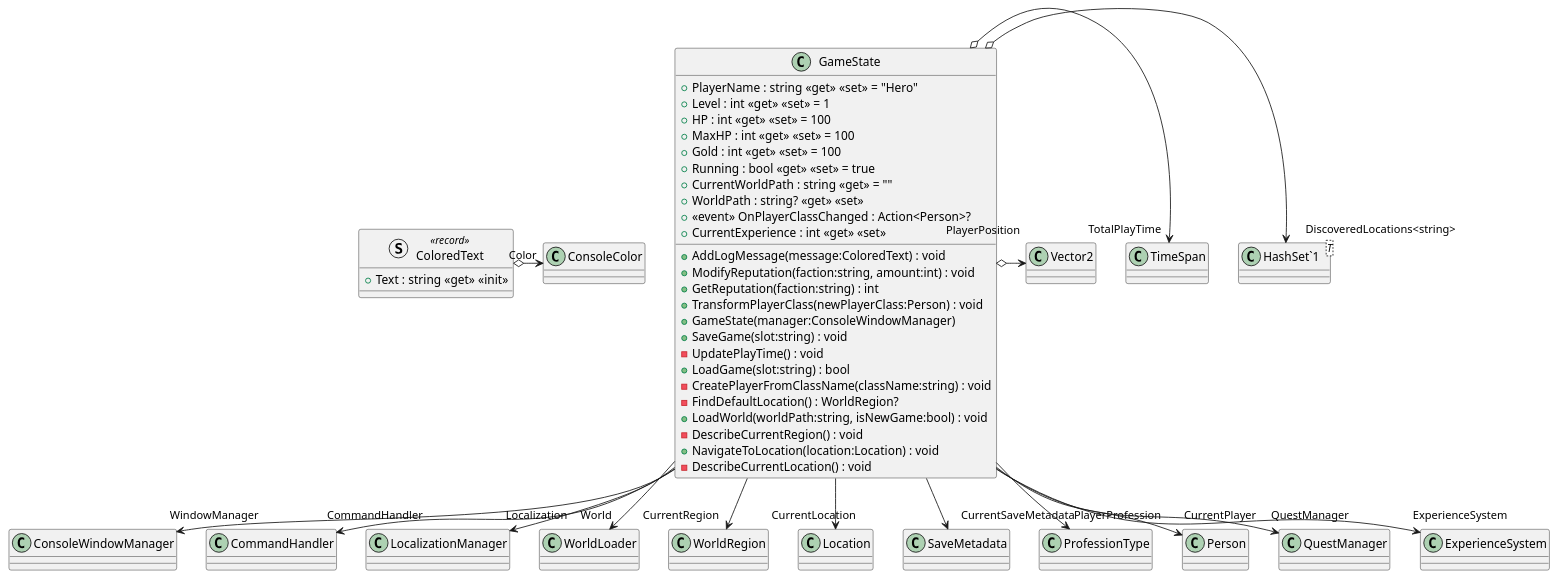
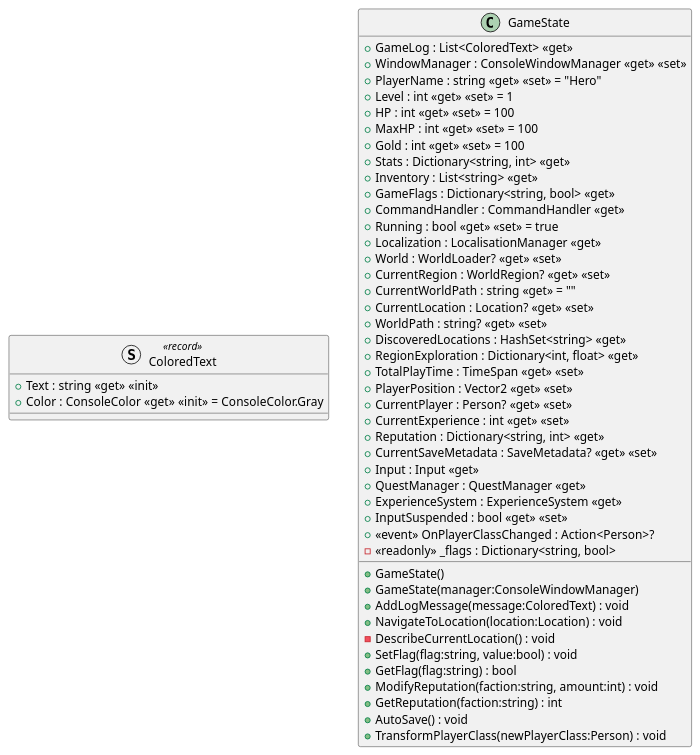
The diagram in RPG/puml_export/src/Core/GameState.puml (Beans69584/rpg), drawn with PlantUML before and after one commit. The commit also changed 107 other files, not shown here.

```diff
--- a/RPG/puml_export/src/Core/GameState.puml
+++ b/RPG/puml_export/src/Core/GameState.puml
@@ -1,56 +1,51 @@
 @startuml
 struct ColoredText <<record>> {
     + Text : string <<get>> <<init>>
+    + Color : ConsoleColor <<get>> <<init>> = ConsoleColor.Gray
 }
 class GameState {
-    + AddLogMessage(message:ColoredText) : void
+    + GameLog : List<ColoredText> <<get>>
+    + WindowManager : ConsoleWindowManager <<get>> <<set>>
     + PlayerName : string <<get>> <<set>> = "Hero"
     + Level : int <<get>> <<set>> = 1
     + HP : int <<get>> <<set>> = 100
     + MaxHP : int <<get>> <<set>> = 100
     + Gold : int <<get>> <<set>> = 100
+    + Stats : Dictionary<string, int> <<get>>
+    + Inventory : List<string> <<get>>
+    + GameFlags : Dictionary<string, bool> <<get>>
+    + CommandHandler : CommandHandler <<get>>
     + Running : bool <<get>> <<set>> = true
+    + Localization : LocalisationManager <<get>>
+    + World : WorldLoader? <<get>> <<set>>
+    + CurrentRegion : WorldRegion? <<get>> <<set>>
     + CurrentWorldPath : string <<get>> = ""
+    + CurrentLocation : Location? <<get>> <<set>>
     + WorldPath : string? <<get>> <<set>>
+    + DiscoveredLocations : HashSet<string> <<get>>
+    + RegionExploration : Dictionary<int, float> <<get>>
+    + TotalPlayTime : TimeSpan <<get>> <<set>>
+    + PlayerPosition : Vector2 <<get>> <<set>>
+    + CurrentPlayer : Person? <<get>> <<set>>
+    + CurrentExperience : int <<get>> <<set>>
+    + Reputation : Dictionary<string, int> <<get>>
+    + CurrentSaveMetadata : SaveMetadata? <<get>> <<set>>
+    + Input : Input <<get>>
+    + QuestManager : QuestManager <<get>>
+    + ExperienceSystem : ExperienceSystem <<get>>
+    + InputSuspended : bool <<get>> <<set>>
     +  <<event>> OnPlayerClassChanged : Action<Person>? 
-    + CurrentExperience : int <<get>> <<set>>
+    + GameState()
+    + GameState(manager:ConsoleWindowManager)
+    + AddLogMessage(message:ColoredText) : void
+    + NavigateToLocation(location:Location) : void
+    - DescribeCurrentLocation() : void
+    - <<readonly>> _flags : Dictionary<string, bool>
+    + SetFlag(flag:string, value:bool) : void
+    + GetFlag(flag:string) : bool
     + ModifyReputation(faction:string, amount:int) : void
     + GetReputation(faction:string) : int
+    + AutoSave() : void
     + TransformPlayerClass(newPlayerClass:Person) : void
-    + GameState(manager:ConsoleWindowManager)
-    + SaveGame(slot:string) : void
-    - UpdatePlayTime() : void
-    + LoadGame(slot:string) : bool
-    - CreatePlayerFromClassName(className:string) : void
-    - FindDefaultLocation() : WorldRegion?
-    + LoadWorld(worldPath:string, isNewGame:bool) : void
-    - DescribeCurrentRegion() : void
-    + NavigateToLocation(location:Location) : void
-    - DescribeCurrentLocation() : void
 }
-
-class "HashSet`1"<T> {
-}
-ColoredText o-> "Color" ConsoleColor
-
-GameState --> "WindowManager" ConsoleWindowManager
-
-
-
-GameState --> "CommandHandler" CommandHandler
-GameState --> "Localization" LocalizationManager
-GameState --> "World" WorldLoader
-GameState --> "CurrentRegion" WorldRegion
-GameState --> "CurrentLocation" Location
-GameState o-> "DiscoveredLocations<string>" "HashSet`1"
-
-GameState o-> "TotalPlayTime" TimeSpan
-
-GameState --> "CurrentSaveMetadata" SaveMetadata
-GameState --> "PlayerProfession" ProfessionType
-GameState o-> "PlayerPosition" Vector2
-GameState --> "CurrentPlayer" Person
-GameState --> "QuestManager" QuestManager
-GameState --> "ExperienceSystem" ExperienceSystem
-
 @enduml
```
